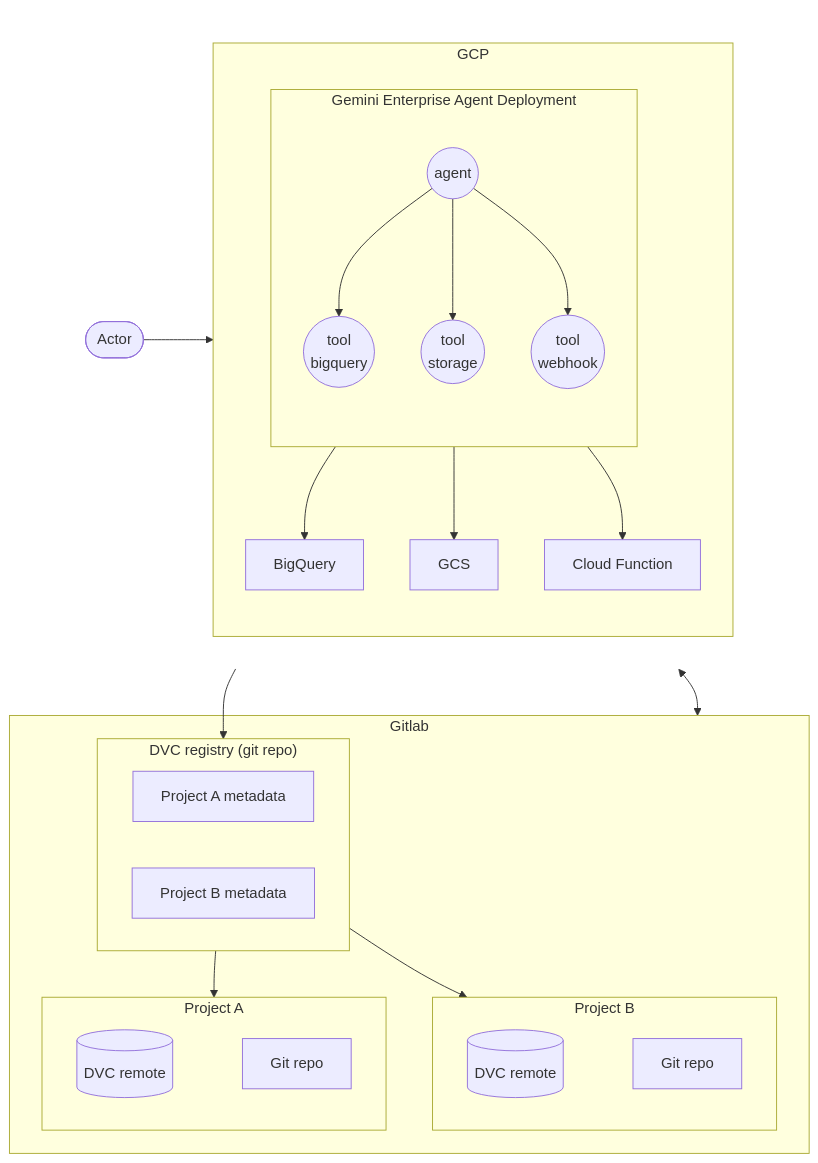
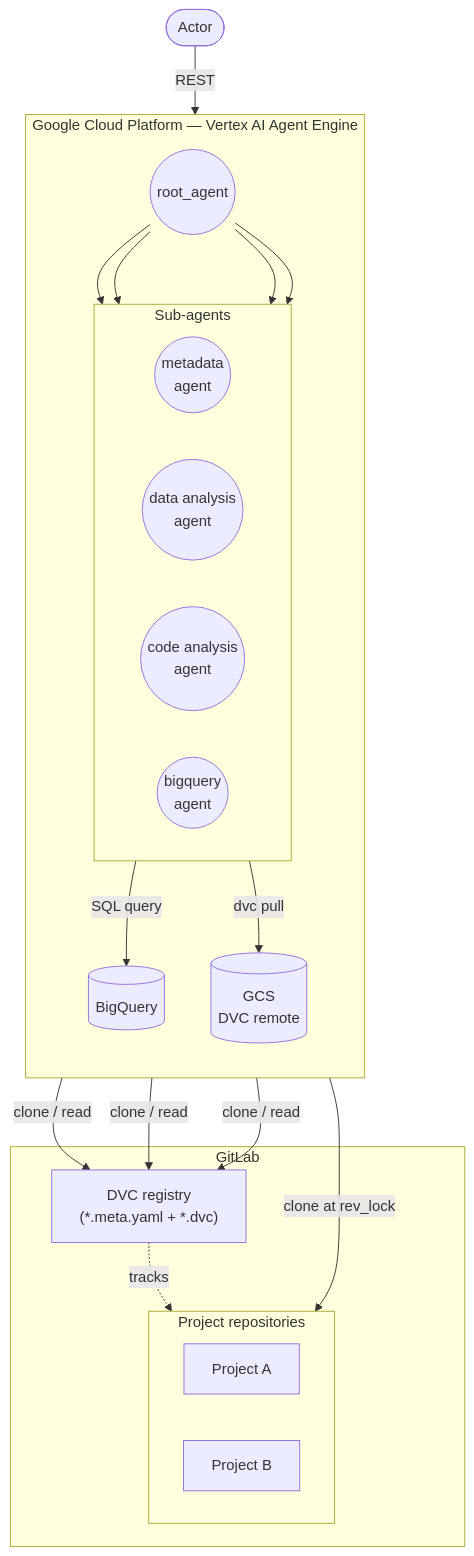
The second of 2 diagrams in README.md (GEG-ETHZ/data-trace-agent), drawn with Mermaid before and after one commit. The commit also changed other lines of this file and 3 other files, not shown here.

````diff
--- a/README.md
+++ b/README.md
@@ -40,55 +40,42 @@
 ```mermaid
 flowchart TD
-    subgraph TopLayer[" "]
-        direction LR
-        Actor([Actor])
+    Actor([Actor])
 
-        subgraph GCP["GCP"]
-            direction TD
-            subgraph Deployment["Gemini Enterprise Agent Deployment"]
-                direction TD
-                agent((agent))
-                tool_bq((tool<br>bigquery))
-                tool_storage((tool<br>storage))
-                tool_webhook((tool<br>webhook))
-            end
-            BigQuery[BigQuery]
-            GCS[GCS]
-            CloudFunction[Cloud Function]
+    subgraph GCP["Google Cloud Platform — Vertex AI Agent Engine"]
+        direction TB
+        root_agent((root_agent))
 
-            agent --> tool_bq
-            agent --> tool_storage
-            agent --> tool_webhook
-
-            tool_bq --> BigQuery
-            tool_storage --> GCS
-            tool_webhook --> CloudFunction
+        subgraph SubAgents["Sub-agents"]
+            direction LR
+            metadata_agent((metadata\nagent))
+            data_agent((data analysis\nagent))
+            code_agent((code analysis\nagent))
+            bq_agent((bigquery\nagent))
         end
 
-        Actor --> agent
+        root_agent --> metadata_agent
+        root_agent --> data_agent
+        root_agent --> code_agent
+        root_agent --> bq_agent
+
+        BigQuery[(BigQuery)]
+        GCS[(GCS\nDVC remote)]
+
+        bq_agent -->|SQL query| BigQuery
+        data_agent -->|dvc pull| GCS
     end
 
-    subgraph Gitlab["Gitlab"]
-        subgraph DVC_registry["DVC registry (git repo)"]
-            ProjectA_meta[Project A metadata]
-            ProjectB_meta[Project B metadata]
+    subgraph GitLab["GitLab"]
+        DVC_registry["DVC registry\n(*.meta.yaml + *.dvc)"]
+        subgraph ProjectRepos["Project repositories"]
+            direction LR
+            RepoA[Project A]
+            RepoB[Project B]
         end
-
-        subgraph ProjectA["Project A"]
-            DVC_remote_A[(DVC remote)] ~~~ Git_repo_A[Git repo]
-        end
-
-        subgraph ProjectB["Project B"]
-            DVC_remote_B[(DVC remote)] ~~~ Git_repo_B[Git repo]
-        end
+        DVC_registry -.->|tracks| ProjectRepos
     end
 
-    CloudFunction --> DVC_registry
-
-    DVC_registry --> ProjectA
-    DVC_registry --> ProjectB
-
-    Actor <--> Gitlab
-
-    style TopLayer fill:none,stroke:none,color:transparent
+    Actor -->|REST| root_agent
+    root_agent & metadata_agent & data_agent -->|clone / read| DVC_registry
+    code_agent -->|clone at rev_lock| ProjectRepos
 ```
````
